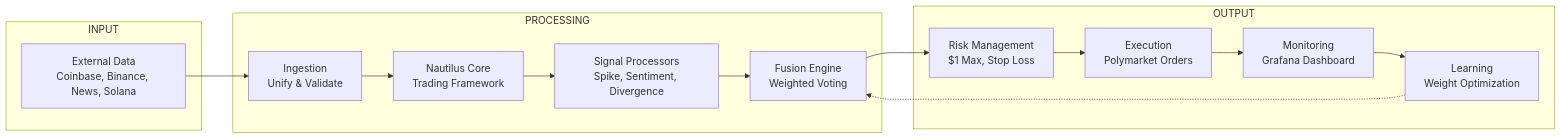
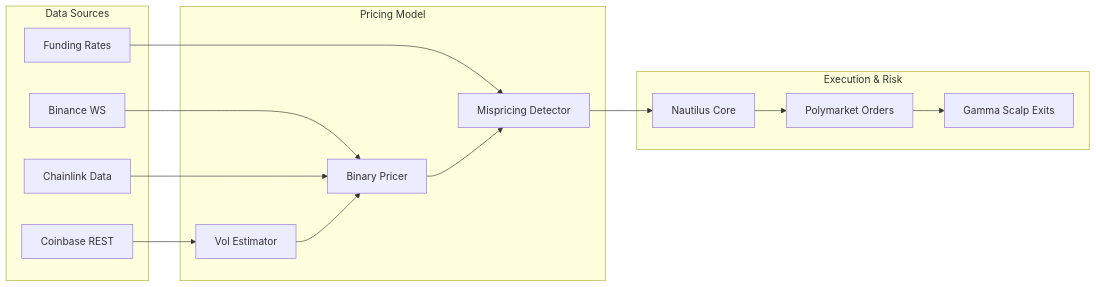
Before and after one commit to Fiend-Star/Polymarket-Trading-Bot: the diagram in README.md, drawn with Mermaid. The commit also changed other lines of this file and 1 other file, not shown here.

Commit message:
feat: Implement V3 Quantitative Pricing Architecture, introducing binary options pricing, real-time data streams, and gamma scalping.

````diff
--- a/README.md
+++ b/README.md
@@ -54,23 +53,31 @@
 ```mermaid
  flowchart LR
-    subgraph Input[INPUT]
-        D[External Data<br/>Coinbase, Binance, News, Solana]
+    subgraph Data Sources
+        C[Coinbase REST]
+        B[Binance WS]
+        L[Chainlink Data]
+        F[Funding Rates]
     end
     
-    subgraph Process[PROCESSING]
-        I[Ingestion<br/>Unify & Validate]
-        N[Nautilus Core<br/>Trading Framework]
-        S[Signal Processors<br/>Spike, Sentiment, Divergence]
-        F[Fusion Engine<br/>Weighted Voting]
+    subgraph Pricing Model
+        V[Vol Estimator]
+        P[Binary Pricer]
+        M[Mispricing Detector]
     end
     
-    subgraph Output[OUTPUT]
-        R[Risk Management<br/>$1 Max, Stop Loss]
-        E[Execution<br/>Polymarket Orders]
-        M[Monitoring<br/>Grafana Dashboard]
-        L[Learning<br/>Weight Optimization]
+    subgraph Execution & Risk
+        N[Nautilus Core]
+        O[Polymarket Orders]
+        GS[Gamma Scalp Exits]
     end
     
-    D --> I --> N --> S --> F --> R --> E --> M --> L
-    L -.-> F
+    C --> V
+    B --> P
+    L --> P
+    F --> M
+    V --> P
+    P --> M
+    M --> N
+    N --> O
+    O --> GS
 ```
````
